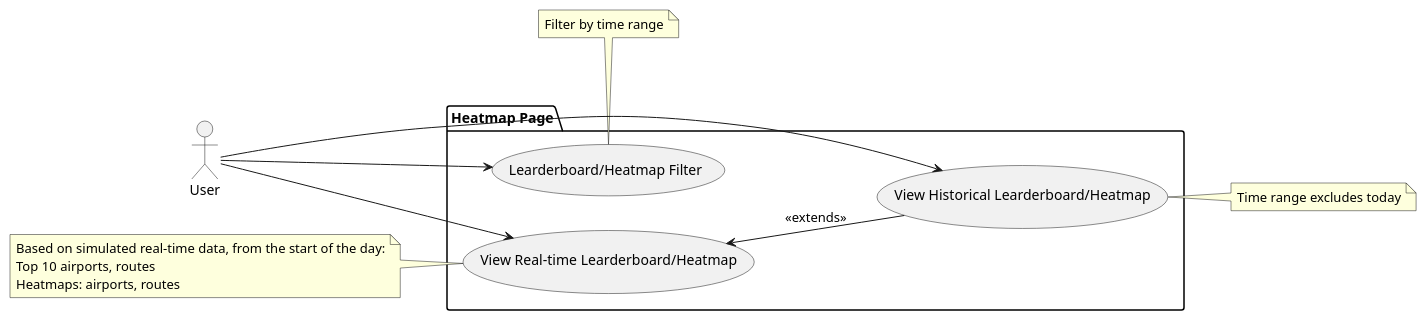
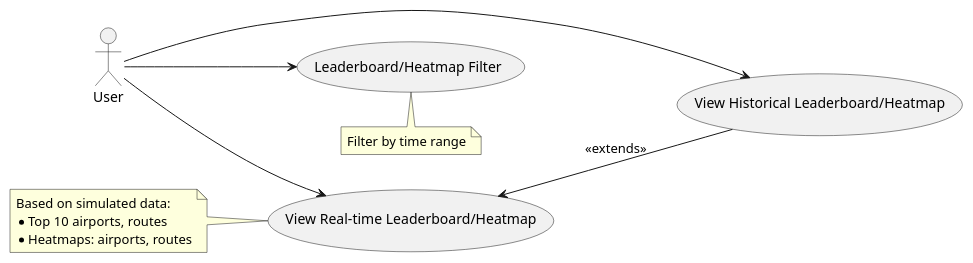
The diagram in use-cases/heatmap/heatmap-ucd.puml (Spring-Roll-Sauerkraut-Squad/mergeme), drawn with PlantUML before and after one commit. The commit also changed 6 other files, not shown here.

Commit message:
doc: diagram changes

```diff
--- a/use-cases/heatmap/heatmap-ucd.puml
+++ b/use-cases/heatmap/heatmap-ucd.puml
@@ -1,28 +1,26 @@
 @startuml heatmap
 
 left to right direction
 
 actor User as user
 
-package "Heatmap Page" {
-  usecase "View Real-time Learderboard/Heatmap" as view_real_time
-  usecase "View Historical Learderboard/Heatmap" as view_historical
-  usecase "Learderboard/Heatmap Filter" as filter
+ 
+usecase "View Real-time Leaderboard/Heatmap" as view_real_time
+usecase "View Historical Leaderboard/Heatmap" as view_historical
+usecase "Leaderboard/Heatmap Filter" as filter
 
-  user --> view_real_time
-  user --> view_historical
-  user --> filter
+user --> view_real_time
+user --> view_historical
+user --> filter
 
-  view_real_time <-- view_historical : <<extends>>
-}
+view_real_time <-- view_historical : <<extends>>
+
 note bottom of filter: Filter by time range
 
 note left of view_real_time
-Based on simulated real-time data, from the start of the day:
-Top 10 airports, routes
-Heatmaps: airports, routes
+Based on simulated data:
+* Top 10 airports, routes
+* Heatmaps: airports, routes
 end note
 
-note right of view_historical: Time range excludes today
-
 @enduml
```
